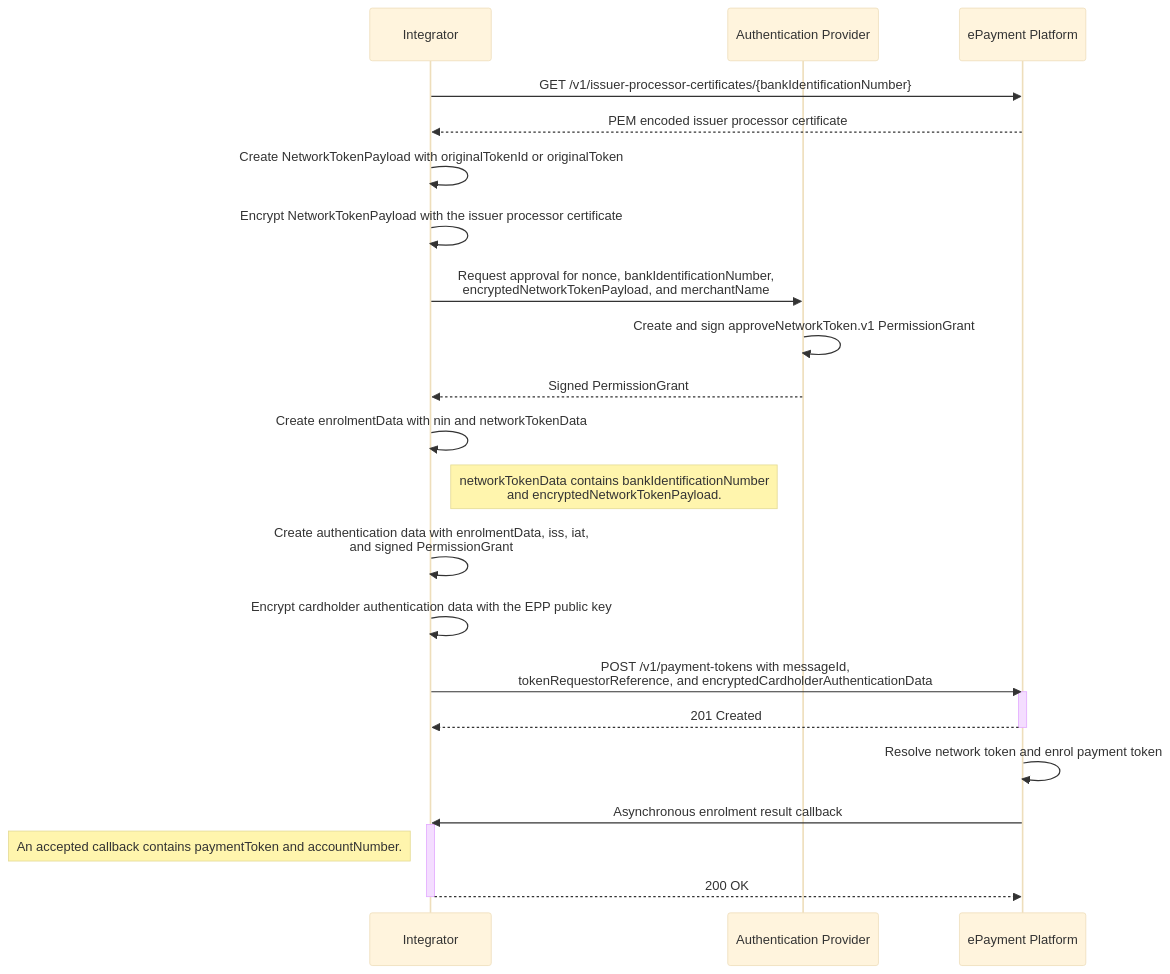
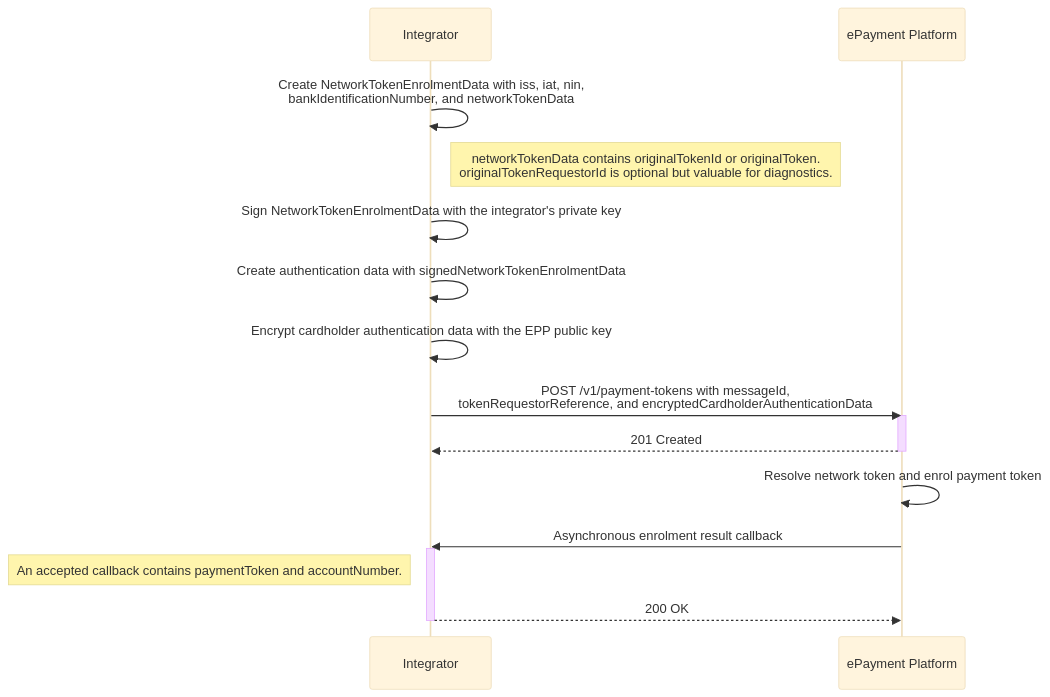
One commit to BankAxept/bankaxept-epayment-development-kit changed the second of 3 diagrams in docs/enrolment_and_payment.md. Above: the diagram before and after it, drawn with Mermaid (base theme). The commit also changed other lines of this file and 3 other files, not shown here.

Commit message:
feat(enrolment): revise network token flow

````diff
--- a/docs/enrolment_and_payment.md
+++ b/docs/enrolment_and_payment.md
@@ -103,28 +103,21 @@
 ```mermaid
 sequenceDiagram
     participant Integrator
-    participant AuthenticationProvider as Authentication Provider
     participant EPP as ePayment Platform
 
-    Integrator ->> EPP: GET /v1/issuer-processor-certificates/{bankIdentificationNumber}
-    EPP -->> Integrator: PEM encoded issuer processor certificate
-    Integrator ->> Integrator: Create NetworkTokenPayload with originalTokenId or originalToken
-    Integrator ->> Integrator: Encrypt NetworkTokenPayload with the issuer processor certificate
-    Integrator ->> AuthenticationProvider: Request approval for nonce, bankIdentificationNumber,<br/>encryptedNetworkTokenPayload, and merchantName
-    AuthenticationProvider ->> AuthenticationProvider: Create and sign approveNetworkToken.v1 PermissionGrant
-    AuthenticationProvider -->> Integrator: Signed PermissionGrant
-    Integrator ->> Integrator: Create enrolmentData with nin and networkTokenData
-    note right of Integrator: networkTokenData contains bankIdentificationNumber<br/>and encryptedNetworkTokenPayload.
-    Integrator ->> Integrator: Create authentication data with enrolmentData, iss, iat,<br/>and signed PermissionGrant
+    Integrator ->> Integrator: Create NetworkTokenEnrolmentData with iss, iat, nin,<br/>bankIdentificationNumber, and networkTokenData
+    note right of Integrator: networkTokenData contains originalTokenId or originalToken.<br/>originalTokenRequestorId is optional but valuable for diagnostics.
+    Integrator ->> Integrator: Sign NetworkTokenEnrolmentData with the integrator's private key
+    Integrator ->> Integrator: Create authentication data with signedNetworkTokenEnrolmentData
     Integrator ->> Integrator: Encrypt cardholder authentication data with the EPP public key
     Integrator ->> EPP: POST /v1/payment-tokens with messageId,<br/>tokenRequestorReference, and encryptedCardholderAuthenticationData
     activate EPP
     EPP -->> Integrator: 201 Created
     deactivate EPP
     EPP ->> EPP: Resolve network token and enrol payment token
     EPP ->> Integrator: Asynchronous enrolment result callback
     activate Integrator
     note left of Integrator: An accepted callback contains paymentToken and accountNumber.
     Integrator -->> EPP: 200 OK
     deactivate Integrator
 ```
````
